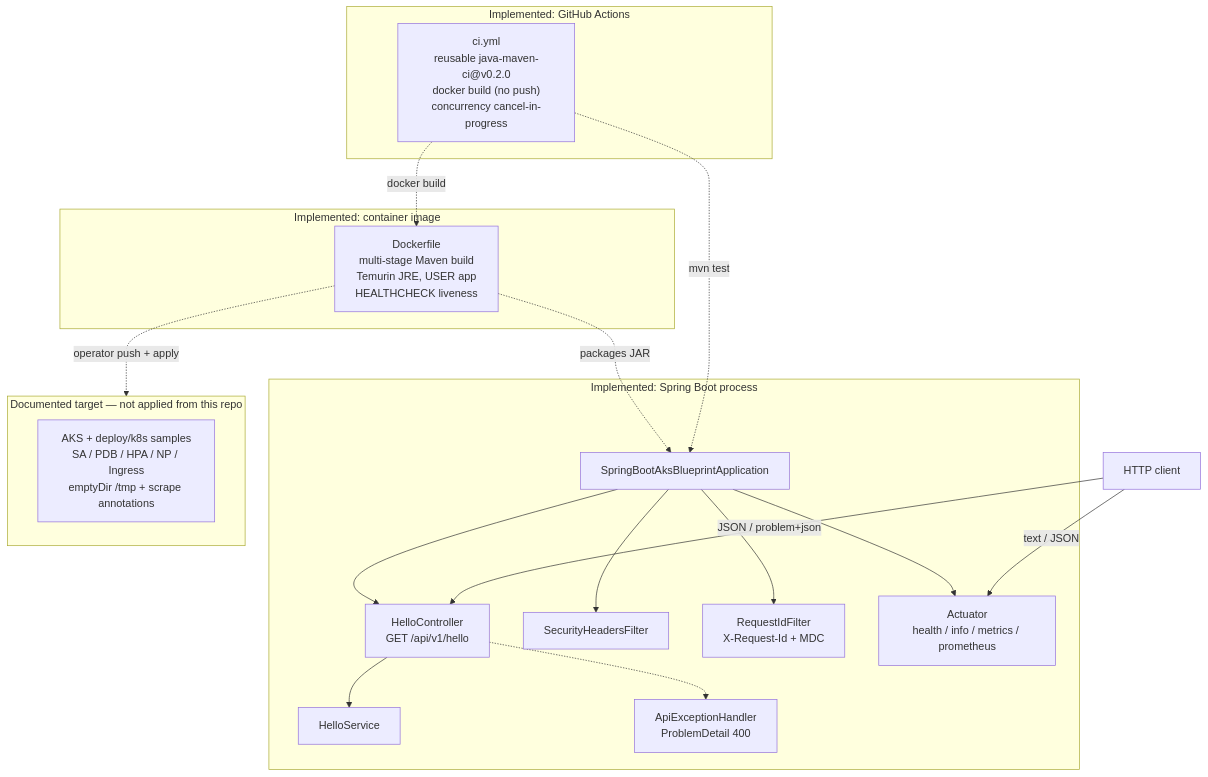
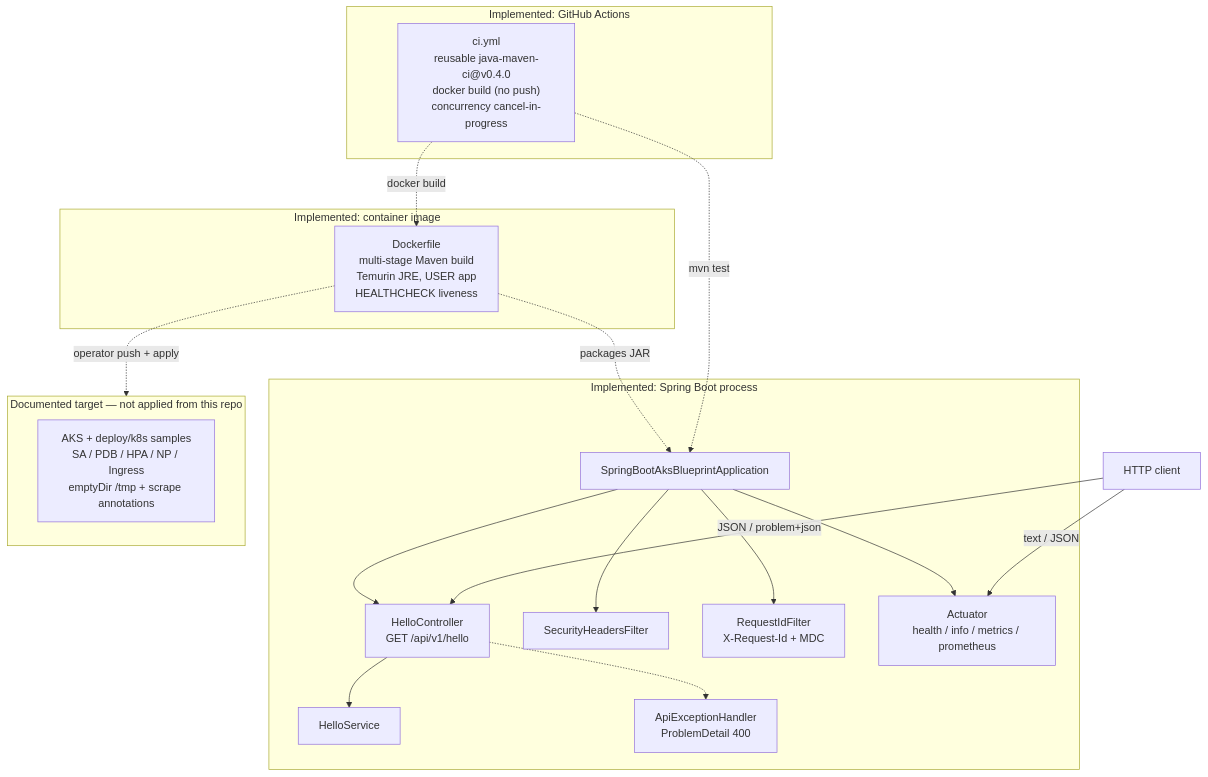
One commit to rmkr-dev/spring-boot-aks-blueprint changed the diagram in docs/architecture/architecture-diagram.md. Above: the diagram before and after it, drawn with Mermaid. The commit also changed 5 other files, not shown here.

Commit message:
docs: README/ADR/diagrams + CHANGELOG for CI v0.4.0 pin

````diff
--- a/docs/architecture/architecture-diagram.md
+++ b/docs/architecture/architecture-diagram.md
@@ -5,40 +5,40 @@
 ```mermaid
 flowchart TB
   subgraph jvm["Implemented: Spring Boot process"]
     App["SpringBootAksBlueprintApplication"]
     Ctrl["HelloController<br/>GET /api/v1/hello"]
     Svc["HelloService"]
     Err["ApiExceptionHandler<br/>ProblemDetail 400"]
     Headers["SecurityHeadersFilter"]
     ReqId["RequestIdFilter<br/>X-Request-Id + MDC"]
     Act["Actuator<br/>health / info / metrics / prometheus"]
     App --> Ctrl
     Ctrl --> Svc
     Ctrl -.-> Err
     App --> Headers
     App --> ReqId
     App --> Act
   end
 
   Client["HTTP client"] -->|"JSON / problem+json"| Ctrl
   Client -->|"text / JSON"| Act
 
   subgraph image["Implemented: container image"]
     Docker["Dockerfile<br/>multi-stage Maven build<br/>Temurin JRE, USER app<br/>HEALTHCHECK liveness"]
   end
 
   Docker -.->|"packages JAR"| App
 
   subgraph ci["Implemented: GitHub Actions"]
-    GHA["ci.yml<br/>reusable java-maven-ci@v0.2.0<br/>docker build (no push)<br/>concurrency cancel-in-progress"]
+    GHA["ci.yml<br/>reusable java-maven-ci@v0.4.0<br/>docker build (no push)<br/>concurrency cancel-in-progress"]
   end
 
   GHA -.->|"mvn test"| App
   GHA -.->|"docker build"| Docker
 
   subgraph aks_target["Documented target — not applied from this repo"]
     AKS["AKS + deploy/k8s samples<br/>SA / PDB / HPA / NP / Ingress<br/>emptyDir /tmp + scrape annotations"]
   end
 
   Docker -.->|"operator push + apply"| aks_target
 ```
````
